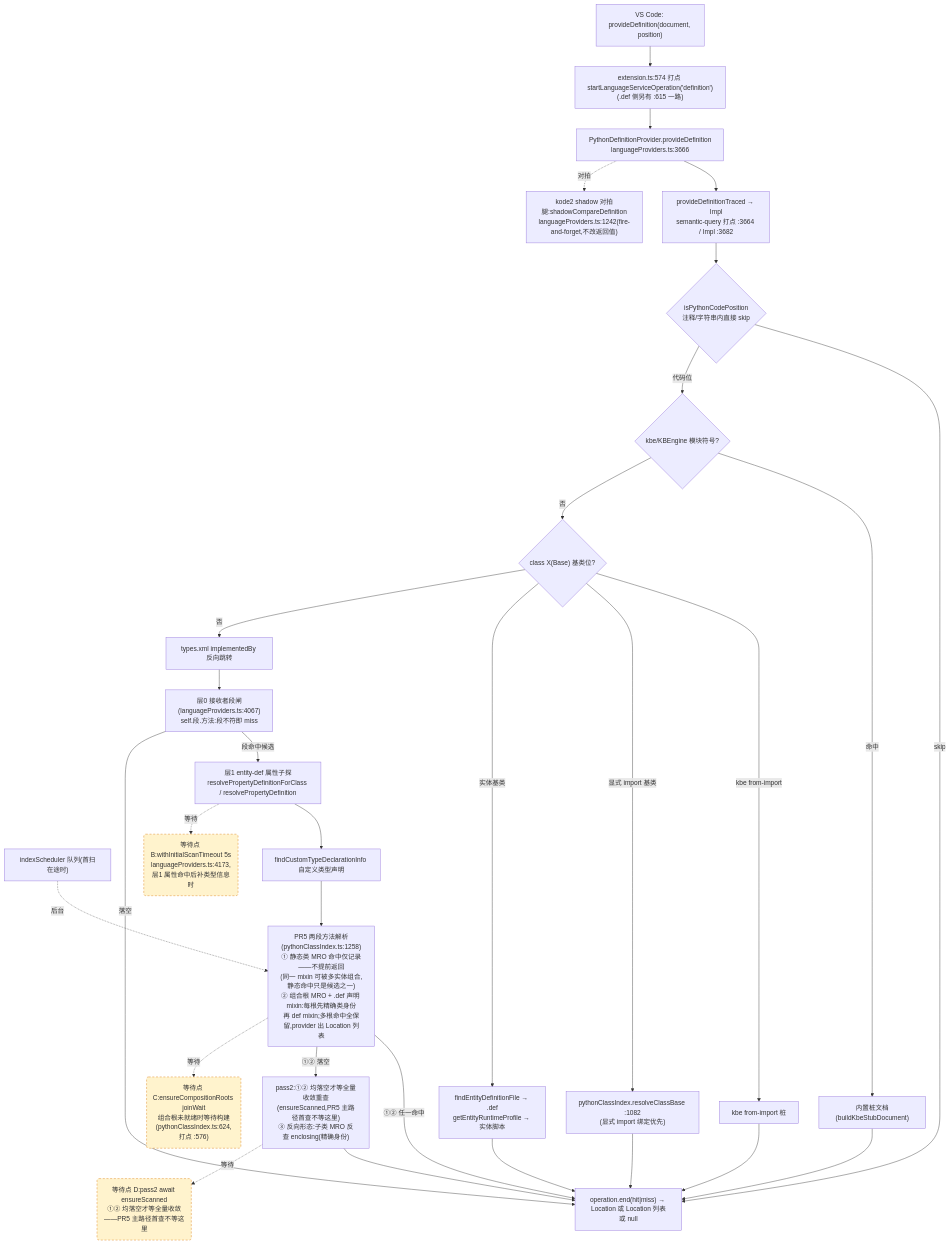
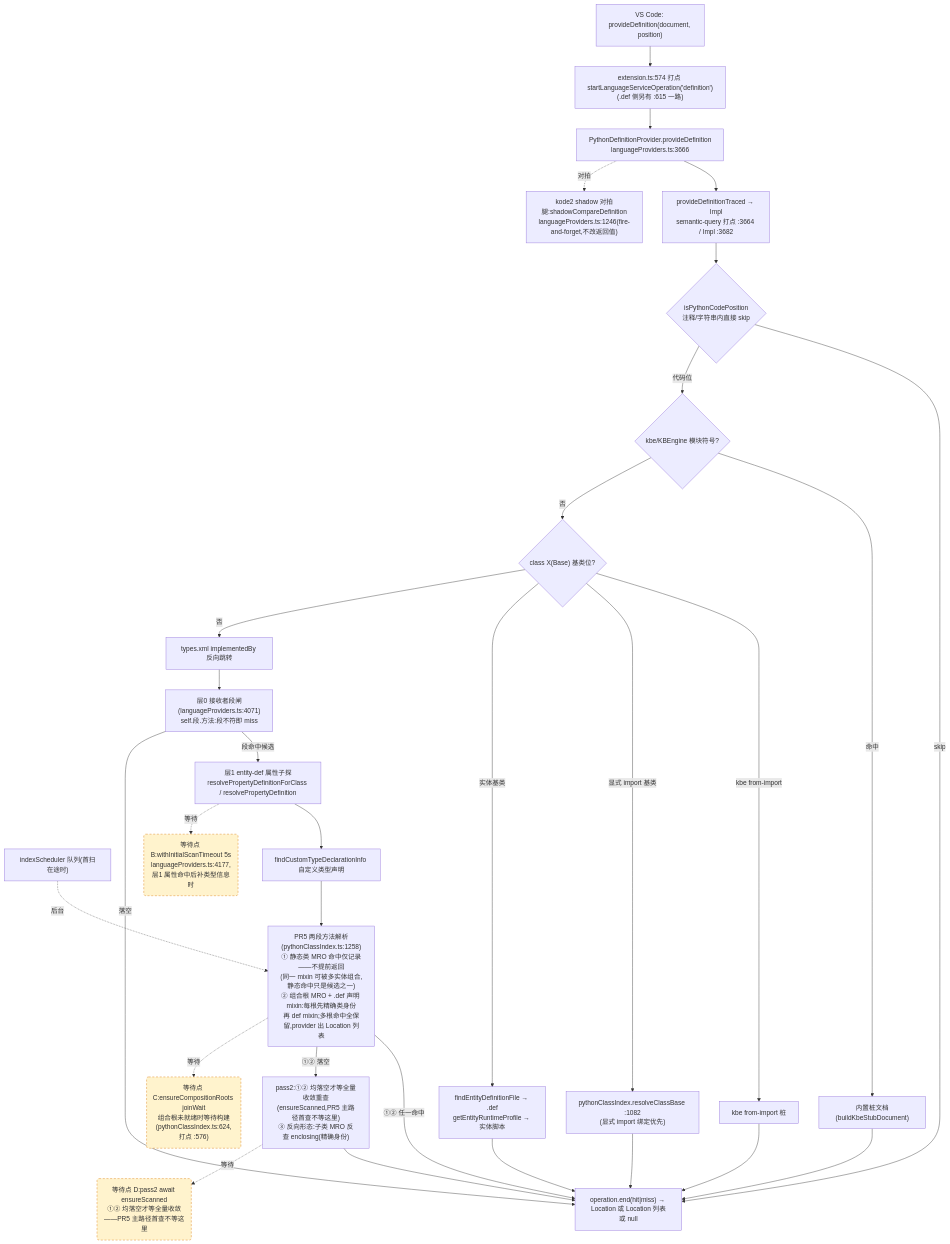
The second of 4 diagrams in docs/perf/2026-baseline.md (cuihairu/kode), drawn with Mermaid before and after one commit. The commit also changed other lines of this file and 4 other files, not shown here.

````diff
--- a/docs/perf/2026-baseline.md
+++ b/docs/perf/2026-baseline.md
@@ -130,51 +130,51 @@
 ```mermaid
 flowchart TD
   VC2["VS Code: provideDefinition(document, position)"]
   M2["extension.ts:574 打点 startLanguageServiceOperation('definition')<br/>(.def 侧另有 :615 一路)"]
   AD2["PythonDefinitionProvider.provideDefinition<br/>languageProviders.ts:3666"]
   TR["provideDefinitionTraced → Impl<br/>semantic-query 打点 :3664 / Impl :3682"]
   CTX{"isPythonCodePosition<br/>注释/字符串内直接 skip"}
   KBE{"kbe/KBEngine 模块符号?"}
   STUB["内置桩文档(buildKbeStubDocument)"]
   CB{"class X(Base) 基类位?"}
   CB1["kbe from-import 桩"]
   CB2["pythonClassIndex.resolveClassBase :1082<br/>(显式 import 绑定优先)"]
   CB3["findEntityDefinitionFile → .def<br/>getEntityRuntimeProfile → 实体脚本"]
   REV["types.xml implementedBy 反向跳转"]
-  L0["层0 接收者段闸(languageProviders.ts:4067)<br/>self.段.方法:段不符即 miss"]
+  L0["层0 接收者段闸(languageProviders.ts:4071)<br/>self.段.方法:段不符即 miss"]
   L1["层1 entity-def 属性子探<br/>resolvePropertyDefinitionForClass / resolvePropertyDefinition"]
   SCAN["indexScheduler 队列(首扫在途时)"]
   TY["findCustomTypeDeclarationInfo 自定义类型声明"]
   MRO["PR5 两段方法解析(pythonClassIndex.ts:1258)<br/>① 静态类 MRO 命中仅记录——不提前返回<br/>(同一 mixin 可被多实体组合,静态命中只是候选之一)<br/>② 组合根 MRO + .def 声明 mixin:每根先精确类身份<br/>再 def mixin;多根命中全保留,provider 出 Location 列表"]
   PASS2["pass2:①② 均落空才等全量收敛重查<br/>(ensureScanned,PR5 主路径首查不等这里)<br/>③ 反向形态:子类 MRO 反查 enclosing(精确身份)"]
-  SHD["kode2 shadow 对拍腿:shadowCompareDefinition<br/>languageProviders.ts:1242(fire-and-forget,不改返回值)"]
+  SHD["kode2 shadow 对拍腿:shadowCompareDefinition<br/>languageProviders.ts:1246(fire-and-forget,不改返回值)"]
   END2["operation.end(hit|miss) → Location 或 Location 列表或 null"]
 
   VC2 --> M2 --> AD2 --> TR --> CTX
   CTX -- "skip" --> END2
   CTX -- "代码位" --> KBE
   KBE -- "命中" --> STUB --> END2
   KBE -- "否" --> CB
   CB -- "kbe from-import" --> CB1 --> END2
   CB -- "显式 import 基类" --> CB2 --> END2
   CB -- "实体基类" --> CB3 --> END2
   CB -- "否" --> REV --> L0
   L0 -- "段命中候选" --> L1
   L0 -- "落空" --> END2
   L1 --> TY
   TY --> MRO
   MRO -- "①② 任一命中" --> END2
   MRO -- "①② 落空" --> PASS2 --> END2
   AD2 -.->|对拍| SHD
 
-  WAITB("等待点 B:withInitialScanTimeout 5s<br/>languageProviders.ts:4173,层1 属性命中后补类型信息时")
+  WAITB("等待点 B:withInitialScanTimeout 5s<br/>languageProviders.ts:4177,层1 属性命中后补类型信息时")
   WAITC("等待点 C:ensureCompositionRoots joinWait<br/>组合根未就绪时等待构建(pythonClassIndex.ts:624,打点 :576)")
   WAITD("等待点 D:pass2 await ensureScanned<br/>①② 均落空才等全量收敛——PR5 主路径首查不等这里")
   L1 -.->|等待| WAITB
   MRO -.->|等待| WAITC
   PASS2 -.->|等待| WAITD
   SCAN -.->|后台| MRO
 
   classDef waitPoint fill:#fff3cd,stroke:#d97706,stroke-dasharray:5 4;
   class WAITB,WAITC,WAITD waitPoint;
 ```
````
